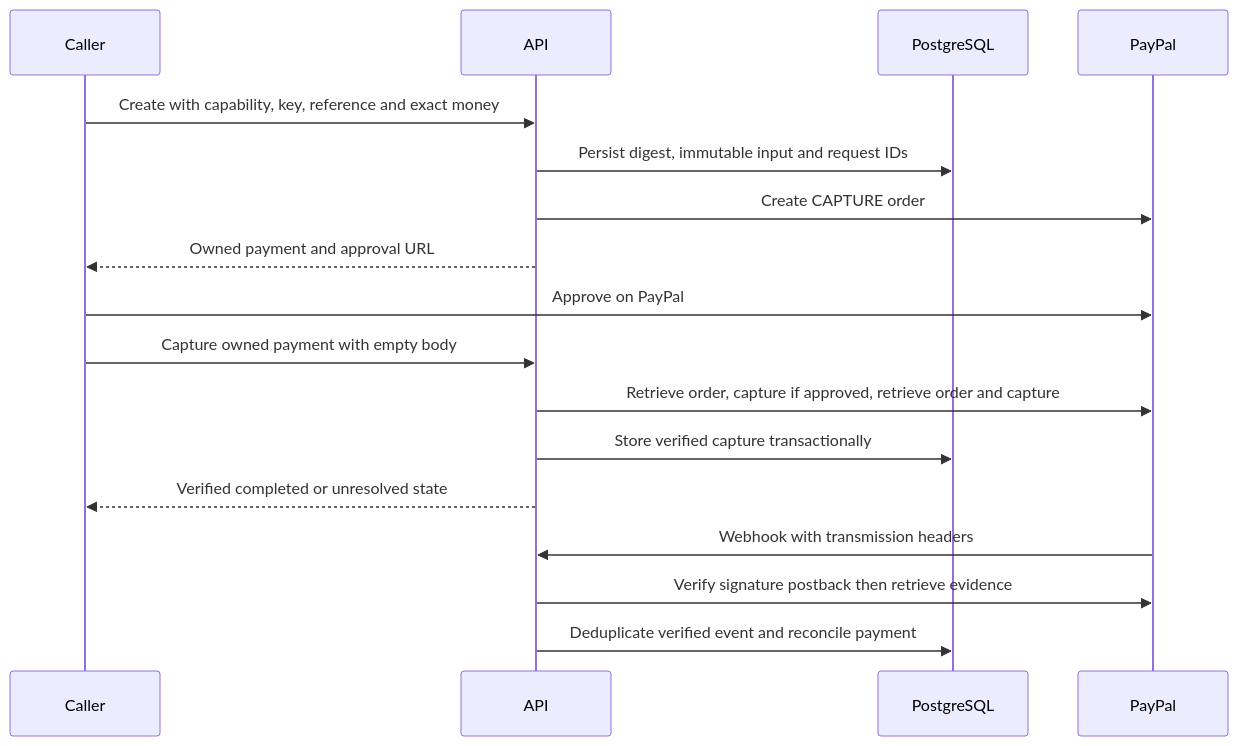
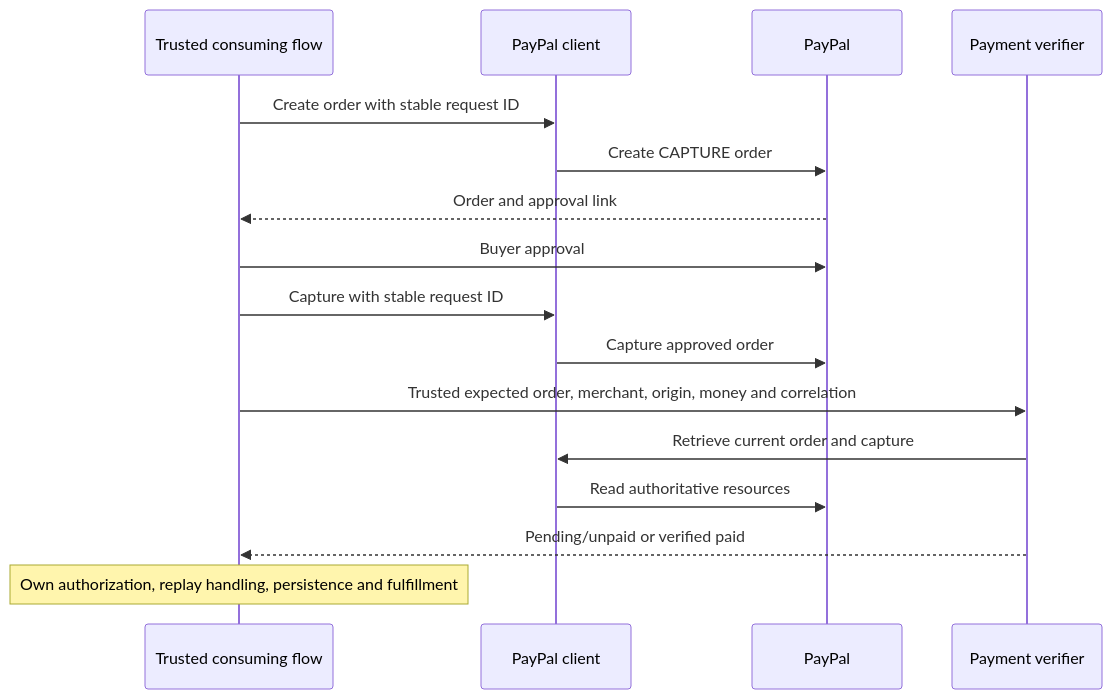
One commit to enzumeii/monolith changed the fourth of 4 diagrams in docs/architecture.md. Above: the diagram before and after it, drawn with Mermaid. The commit also changed other lines of this file and 52 other files, not shown here.

Commit message:
refactor(api): align PayPal with the Stripe provider boundary (ENZ-44)

````diff
--- a/docs/architecture.md
+++ b/docs/architecture.md
@@ -261,19 +262,18 @@
 ```mermaid
 sequenceDiagram
-    participant Caller
-    participant API
-    participant DB as PostgreSQL
+    participant Consumer as Trusted consuming flow
+    participant Client as PayPal client
     participant PP as PayPal
-    Caller->>API: Create with capability, key, reference and exact money
-    API->>DB: Persist digest, immutable input and request IDs
-    API->>PP: Create CAPTURE order
-    API-->>Caller: Owned payment and approval URL
-    Caller->>PP: Approve on PayPal
-    Caller->>API: Capture owned payment with empty body
-    API->>PP: Retrieve order, capture if approved, retrieve order and capture
-    API->>DB: Store verified capture transactionally
-    API-->>Caller: Verified completed or unresolved state
-    PP->>API: Webhook with transmission headers
-    API->>PP: Verify signature postback then retrieve evidence
-    API->>DB: Deduplicate verified event and reconcile payment
+    participant Verifier as Payment verifier
+    Consumer->>Client: Create order with stable request ID
+    Client->>PP: Create CAPTURE order
+    PP-->>Consumer: Order and approval link
+    Consumer->>PP: Buyer approval
+    Consumer->>Client: Capture with stable request ID
+    Client->>PP: Capture approved order
+    Consumer->>Verifier: Trusted expected order, merchant, origin, money and correlation
+    Verifier->>Client: Retrieve current order and capture
+    Client->>PP: Read authoritative resources
+    Verifier-->>Consumer: Pending/unpaid or verified paid
+    Note over Consumer: Own authorization, replay handling, persistence and fulfillment
 ```
````
